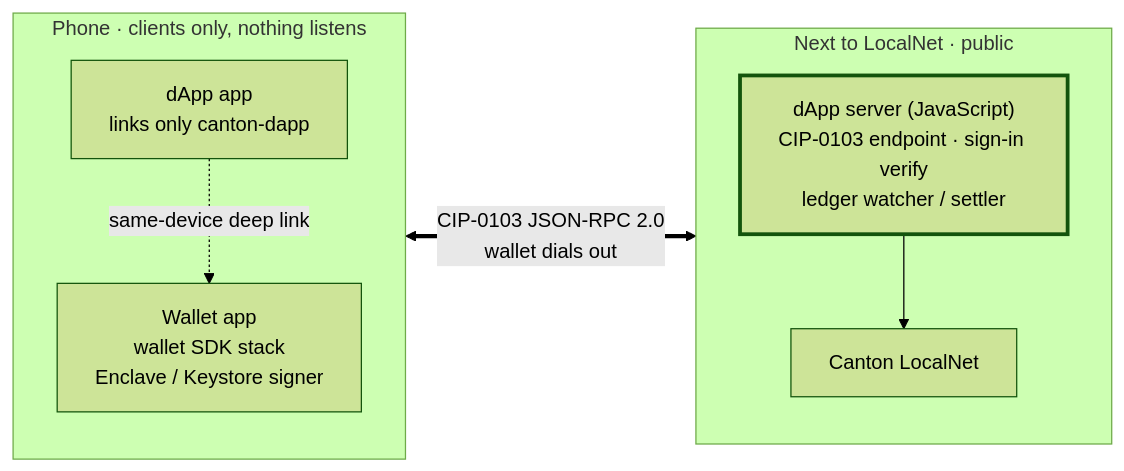
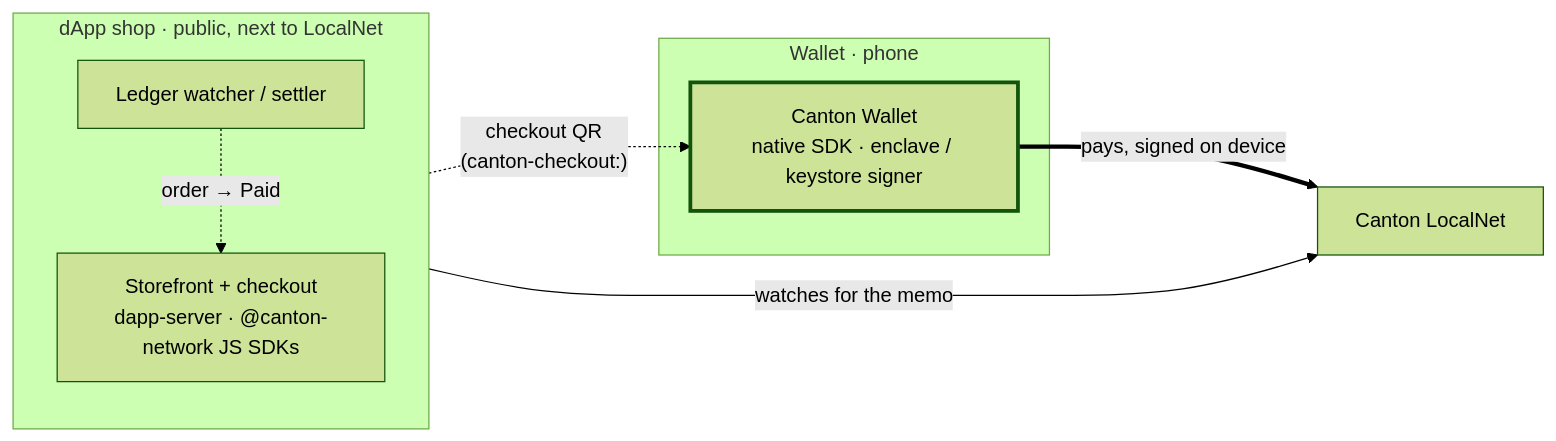
Before and after one commit to vsima/canton-mobile-app: the diagram in README.md, drawn with Mermaid (forest theme). The commit also changed other lines of this file, not shown here.

First line of the commit message:
README: reframe as an SDK reference — who/what/why, setup, install (#15)

````diff
--- a/README.md
+++ b/README.md
@@ -35,20 +50,19 @@
 ```mermaid
 flowchart LR
-    subgraph phone["Phone · clients only, nothing listens"]
+    subgraph phone["Wallet · phone"]
+        wallet["Canton Wallet<br/>native SDK · enclave / keystore signer"]
+    end
+    subgraph shop["dApp shop · public, next to LocalNet"]
         direction TB
-        walletapp["Wallet app<br/>wallet SDK stack<br/>Enclave / Keystore signer"]
-        dappapp["dApp app<br/>links only canton-dapp"]
+        store["Storefront + checkout<br/>dapp-server · @canton-network JS SDKs"]
+        watch["Ledger watcher / settler"]
     end
+    ledger["Canton LocalNet"]
 
-    subgraph infra["Next to LocalNet · public"]
-        direction TB
-        server["dApp server (JavaScript)<br/>CIP-0103 endpoint · sign-in verify<br/>ledger watcher / settler"]
-        ledger["Canton LocalNet"]
-        server --> ledger
-    end
+    store -.->|"checkout QR<br/>(canton-checkout:)"| wallet
+    wallet ==>|"pays, signed on device"| ledger
+    watch -->|"watches for the memo"| ledger
+    watch -.->|"order → Paid"| store
 
-    walletapp <==>|"CIP-0103 JSON-RPC 2.0<br/>wallet dials out"| server
-    dappapp -.->|"same-device deep link"| walletapp
-
-    style server stroke-width:3px
+    style wallet stroke-width:3px
 ```
````
